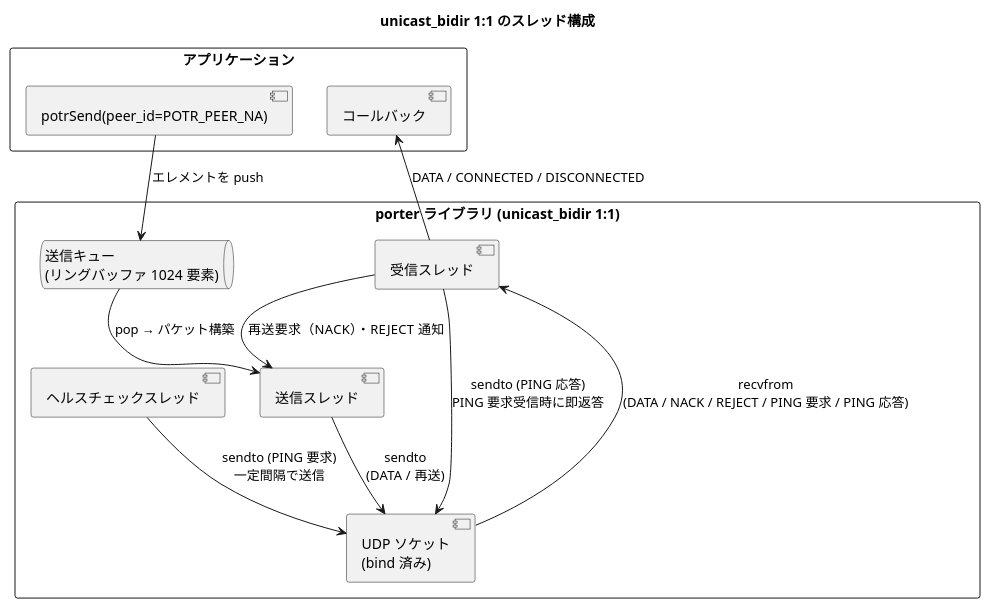
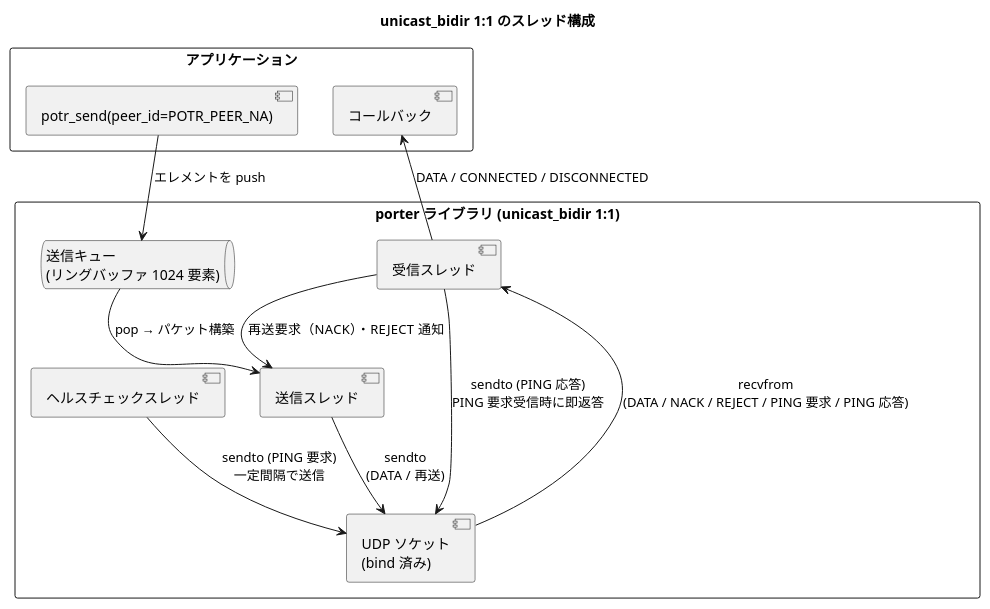
One commit to Hondarer/app_porter changed the second of 6 diagrams in docs/architecture.md. Above: the diagram before and after it, drawn with PlantUML. The commit also changed other lines of this file and 148 other files, not shown here.

````diff
--- a/docs/architecture.md
+++ b/docs/architecture.md
@@ -100,27 +100,27 @@
 ```plantuml
 @startuml unicast_bidir 1to1 スレッド構成
 title unicast_bidir 1:1 のスレッド構成
 
 rectangle "アプリケーション" {
-  [potrSend(peer_id=POTR_PEER_NA)]
+  [potr_send(peer_id=POTR_PEER_NA)]
   [コールバック]
 }
 
 rectangle "porter ライブラリ (unicast_bidir 1:1)" {
   queue "送信キュー\n(リングバッファ 1024 要素)" as Q
   [送信スレッド] as ST
   [受信スレッド] as RT
   [ヘルスチェックスレッド] as HT
   [UDP ソケット\n(bind 済み)] as SOCK
 }
 
-[potrSend(peer_id=POTR_PEER_NA)] --> Q : エレメントを push
+[potr_send(peer_id=POTR_PEER_NA)] --> Q : エレメントを push
 Q --> ST : pop → パケット構築
 ST --> SOCK : sendto\n(DATA / 再送)
 HT --> SOCK : sendto (PING 要求)\n一定間隔で送信
 RT <-- SOCK : recvfrom\n(DATA / NACK / REJECT / PING 要求 / PING 応答)
 RT --> ST : 再送要求（NACK）・REJECT 通知
 RT --> SOCK : sendto (PING 応答)\nPING 要求受信時に即返答
 RT --> [コールバック] : DATA / CONNECTED / DISCONNECTED
 @enduml
 ```
````
